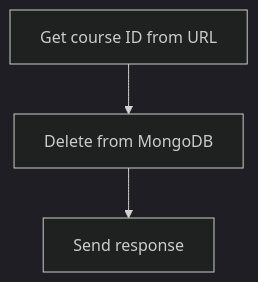
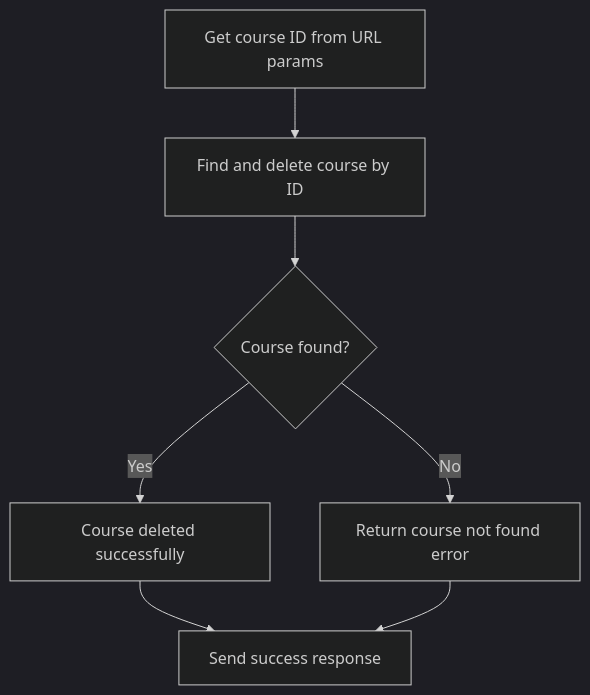
The seventh of 11 diagrams in README.md (thehiten/node-js-code), drawn with Mermaid (dark theme) before and after one commit. The commit also changed other lines of this file, not shown here.

````diff
--- a/README.md
+++ b/README.md
@@ -197,5 +209,9 @@
 ```mermaid
 graph TD
-    A[Get course ID from URL] --> B[Delete from MongoDB]
-    B --> C[Send response]
+    A[Get course ID from URL params] --> B[Find and delete course by ID]
+    B --> C{Course found?}
+    C -->|Yes| D[Course deleted successfully]
+    C -->|No| E[Return course not found error]
+    D --> F[Send success response]
+    E --> F
 ```
````
